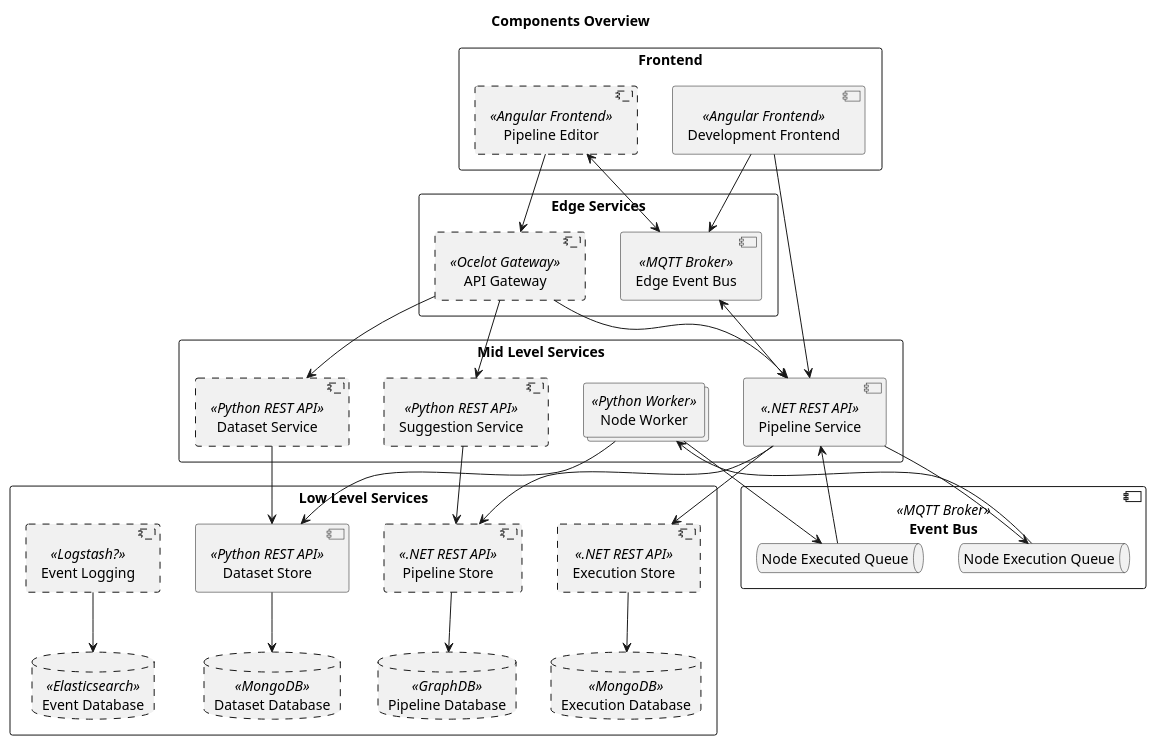
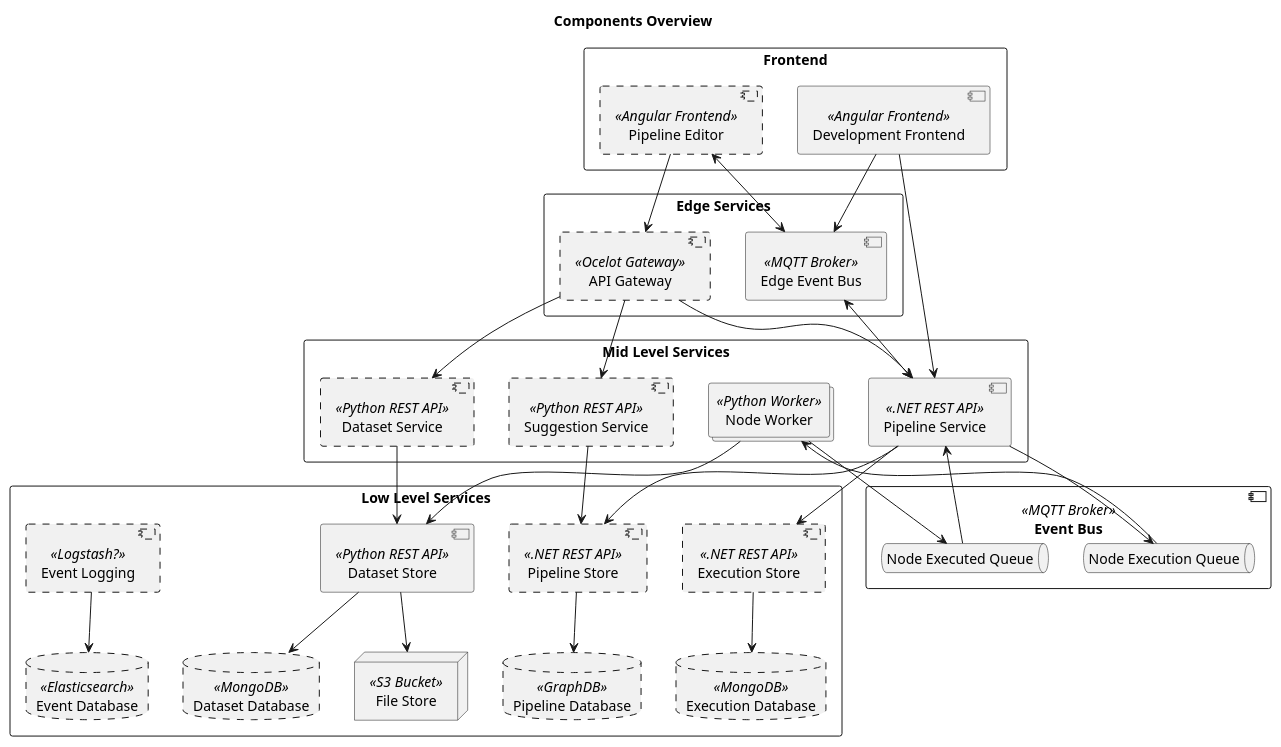
Before and after one commit to project-hanse/prototype-a: the diagram in docs/architecture/overview.puml, drawn with PlantUML. The commit also changed 1 other file, not shown here.

Commit message:
[PH-188] Added S3 bucket to architecture diagram

```diff
--- a/docs/architecture/overview.puml
+++ b/docs/architecture/overview.puml
@@ -1,79 +1,81 @@
 @startuml
 'https://plantuml.com/deployment-diagram
 
 title "Components Overview"
 
 'Definitions'
 
 rectangle "Frontend" {
     component #line.dashed "Pipeline Editor" << Angular Frontend>> as pipeline_editor
     component "Development Frontend" << Angular Frontend >> as development_frontend
 }
 
 rectangle "Edge Services" {
     component #line.dashed "API Gateway" << Ocelot Gateway>> as api_gateway
     component "Edge Event Bus" << MQTT Broker >> as message_broker_edge
 }
 
 rectangle "Mid Level Services" {
     component "Pipeline Service" << .NET REST API >> as pipeline_service
     collections  "Node Worker" <<Python Worker>> as worker
     component #line.dashed "Suggestion Service" << Python REST API >> as suggestion_service
     component #line.dashed "Dataset Service" << Python REST API >> as dataset_service
 }
 
 rectangle "Low Level Services" {
     component #line.dashed "Pipeline Store" << .NET REST API >> as pipeline_store
     database #line.dashed "Pipeline Database" << GraphDB >> as pipeline_db
     
     component #line.dashed "Execution Store" << .NET REST API >> as execution_store
     database #line.dashed "Execution Database" << MongoDB >> as execution_db
     
     component "Dataset Store" << Python REST API >> as dataset_store
+    node "File Store" << S3 Bucket >> as file_store
     database #line.dashed "Dataset Database" << MongoDB >> as dataset_db
     /'
     component #line.dashed "Operation Store" << Python REST API >> as operation_store
     database #line.dashed "Operation Database" << MongoDB >> as operation_db
     '/
     component #line.dashed "Event Logging" << Logstash? >> as event_logging
     database #line.dashed "Event Database" << Elasticsearch >> as event_db    
 }
 
 component "Event Bus" << MQTT Broker >> as message_broker {
     queue "Node Execution Queue" as node_execution_queue
     queue "Node Executed Queue" as node_executed_queue
 }
 
 'Interaction'
 
 pipeline_editor --> api_gateway
 development_frontend --> message_broker_edge
 development_frontend --> pipeline_service
 
 api_gateway --> pipeline_service 
 api_gateway --> suggestion_service
 api_gateway --> dataset_service
 
 pipeline_store --> pipeline_db
 dataset_store --> dataset_db
+dataset_store --> file_store
 execution_store --> execution_db 
 'operation_store --> operation_db
 event_logging --> event_db
 
 pipeline_service --> node_execution_queue
 node_execution_queue --> worker 
 pipeline_service <-- node_executed_queue
 node_executed_queue <-- worker 
 
 'message_broker --> event_logging
 
 worker --> dataset_store 
 'worker -->operation_store
 suggestion_service --> pipeline_store
 pipeline_service --> execution_store
 pipeline_service --> pipeline_store
 dataset_service --> dataset_store
 
 pipeline_service <--> message_broker_edge
 pipeline_editor <--> message_broker_edge
 @enduml
```
